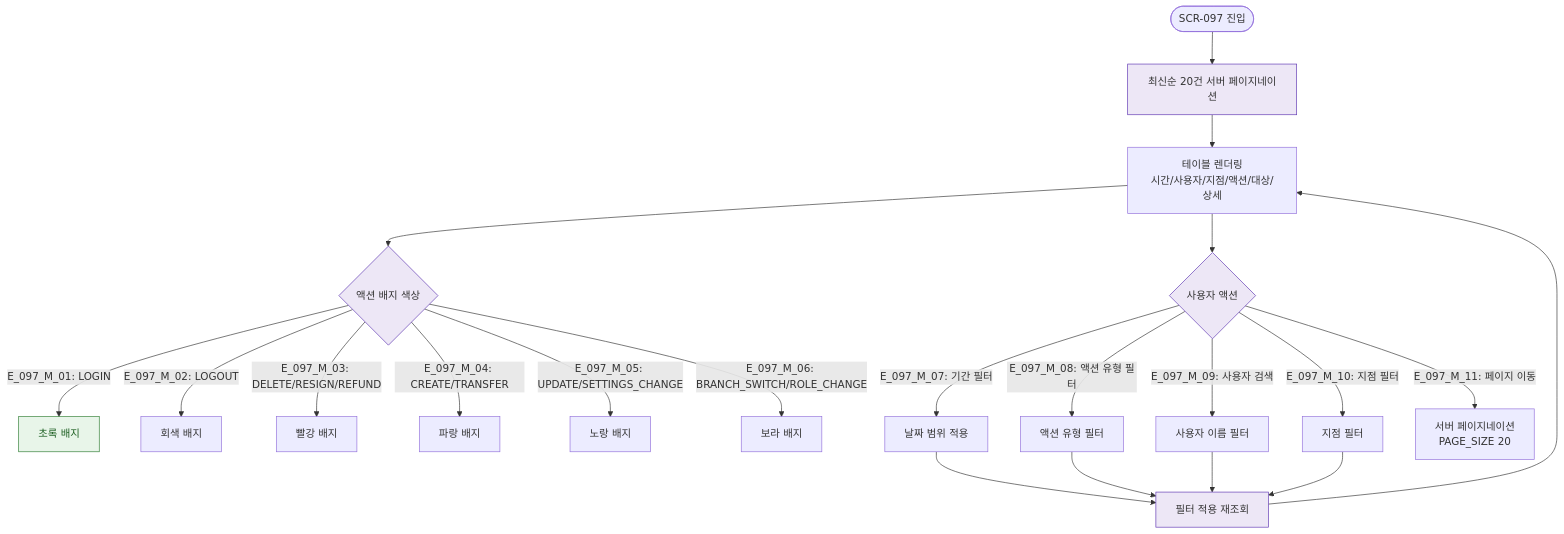
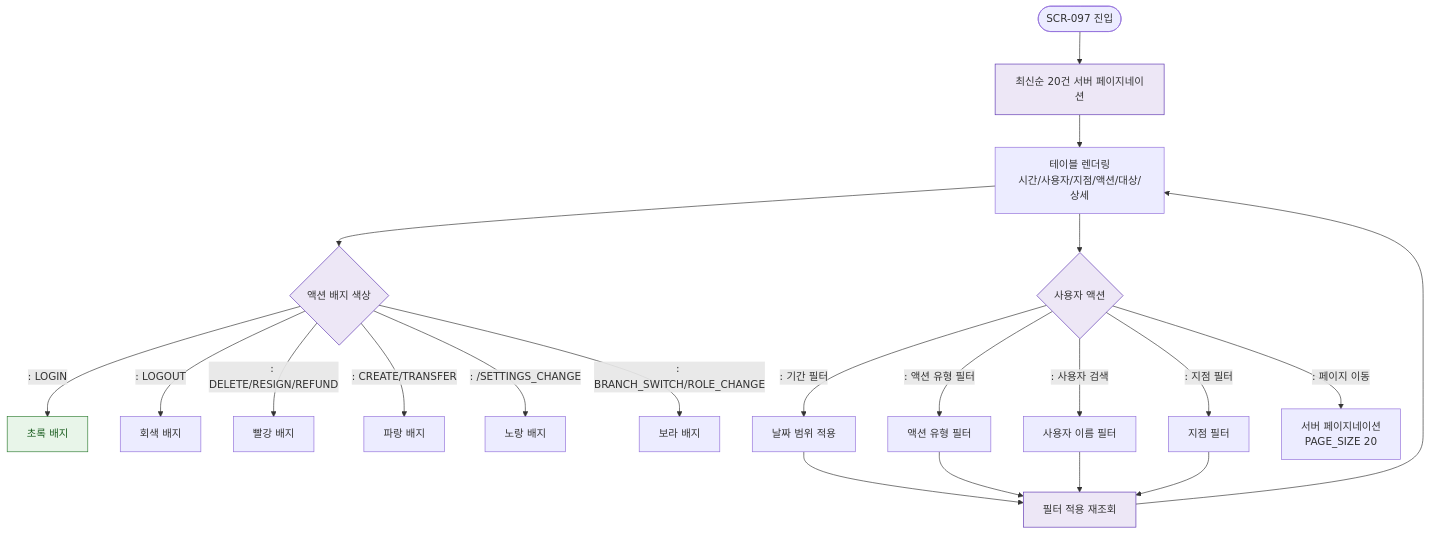
One commit to dev-spogym/admin-pando changed the diagram in docs/다이어그램/D10_본사관리/SCR-097_감사로그/F2_메인.md. Above: the diagram before and after it, drawn with Mermaid. The commit also changed other lines of this file and 1660 other files, not shown here.

First line of the commit message:
다이어그램: 기획자/클라이언트 납품본으로 정리

````diff
--- a/docs/다이어그램/D10_본사관리/SCR-097_감사로그/F2_메인.md
+++ b/docs/다이어그램/D10_본사관리/SCR-097_감사로그/F2_메인.md
@@ -14,31 +12,31 @@
 ```mermaid
 flowchart TD
   Start([SCR-097 진입]) --> DefaultLoad[최신순 20건 서버 페이지네이션]
 
   DefaultLoad --> TableRender[테이블 렌더링\n시간/사용자/지점/액션/대상/상세]
 
   TableRender --> ActionBadge{액션 배지 색상}
-  ActionBadge -->|"E_097_M_01: LOGIN"| BadgeGreen[초록 배지]
-  ActionBadge -->|"E_097_M_02: LOGOUT"| BadgeGray[회색 배지]
-  ActionBadge -->|"E_097_M_03: DELETE/RESIGN/REFUND"| BadgeRed[빨강 배지]
-  ActionBadge -->|"E_097_M_04: CREATE/TRANSFER"| BadgeBlue[파랑 배지]
-  ActionBadge -->|"E_097_M_05: UPDATE/SETTINGS_CHANGE"| BadgeYellow[노랑 배지]
-  ActionBadge -->|"E_097_M_06: BRANCH_SWITCH/ROLE_CHANGE"| BadgePurple[보라 배지]
+  ActionBadge -->|": LOGIN"|BadgeGreen[초록 배지]
+  ActionBadge -->|": LOGOUT"|BadgeGray[회색 배지]
+  ActionBadge -->|": DELETE/RESIGN/REFUND"|BadgeRed[빨강 배지]
+  ActionBadge -->|": CREATE/TRANSFER"|BadgeBlue[파랑 배지]
+  ActionBadge -->|": /SETTINGS_CHANGE"|BadgeYellow[노랑 배지]
+  ActionBadge -->|": BRANCH_SWITCH/ROLE_CHANGE"|BadgePurple[보라 배지]
 
   TableRender --> UserAction{사용자 액션}
-  UserAction -->|"E_097_M_07: 기간 필터"| DateFilter[날짜 범위 적용]
-  UserAction -->|"E_097_M_08: 액션 유형 필터"| ActionFilter[액션 유형 필터]
-  UserAction -->|"E_097_M_09: 사용자 검색"| UserSearch[사용자 이름 필터]
-  UserAction -->|"E_097_M_10: 지점 필터"| BranchFilter[지점 필터]
-  UserAction -->|"E_097_M_11: 페이지 이동"| Pagination[서버 페이지네이션\nPAGE_SIZE 20]
+  UserAction -->|": 기간 필터"|DateFilter[날짜 범위 적용]
+  UserAction -->|": 액션 유형 필터"|ActionFilter[액션 유형 필터]
+  UserAction -->|": 사용자 검색"|UserSearch[사용자 이름 필터]
+  UserAction -->|": 지점 필터"|BranchFilter[지점 필터]
+  UserAction -->|": 페이지 이동"|Pagination[서버 페이지네이션\nPAGE_SIZE 20]
 
   DateFilter & ActionFilter & UserSearch & BranchFilter --> FilteredLoad[필터 적용 재조회]
   FilteredLoad --> TableRender
 
   classDef screen fill:#E3F2FD,stroke:#1976D2,color:#0D47A1
   classDef system fill:#EDE7F6,stroke:#5E35B2
   classDef success fill:#E8F5E9,stroke:#2E7D32,color:#1B5E20
 
   class DefaultLoad,FilteredLoad,ActionBadge,UserAction system
   class BadgeGreen success
 ```
````
